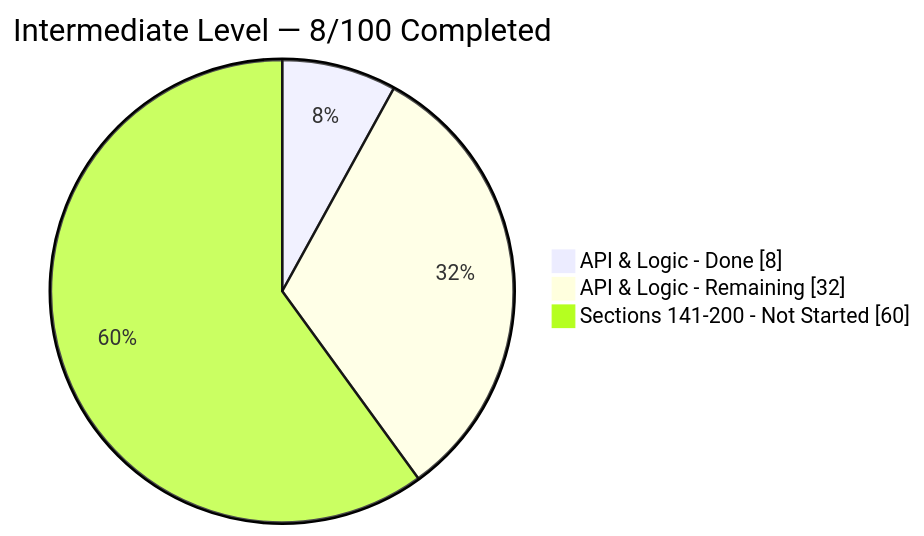
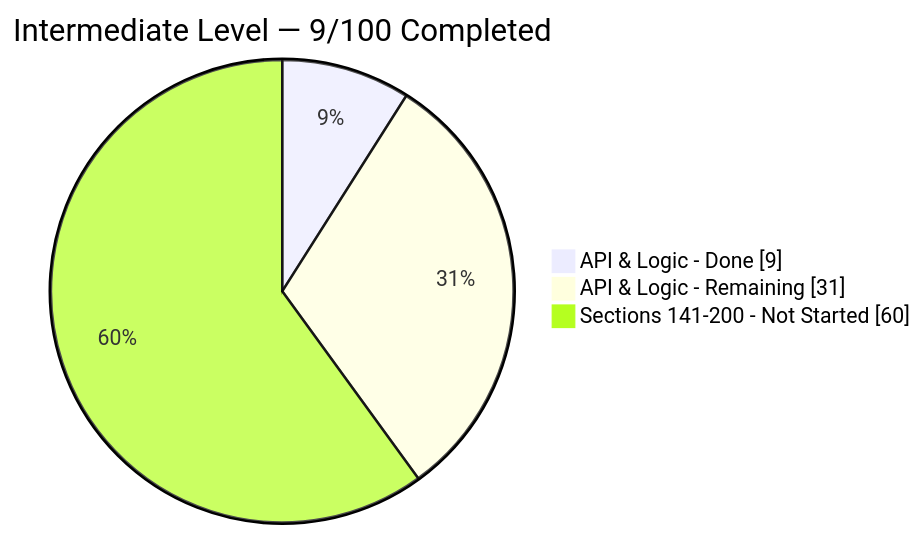
The diagram in Intermediate-Level/README.md (Debanga-06/Code-Odessey), drawn with Mermaid before and after one commit. The commit also changed other lines of this file and 2 other files, not shown here.

````diff
--- a/Intermediate-Level/README.md
+++ b/Intermediate-Level/README.md
@@ -27,7 +27,7 @@
 ```mermaid
 pie showData
-    title Intermediate Level — 8/100 Completed
-    "API & Logic - Done" : 8
-    "API & Logic - Remaining" : 32
+    title Intermediate Level — 9/100 Completed
+    "API & Logic - Done" : 9
+    "API & Logic - Remaining" : 31
     "Sections 141-200 - Not Started" : 60
 ```
````
